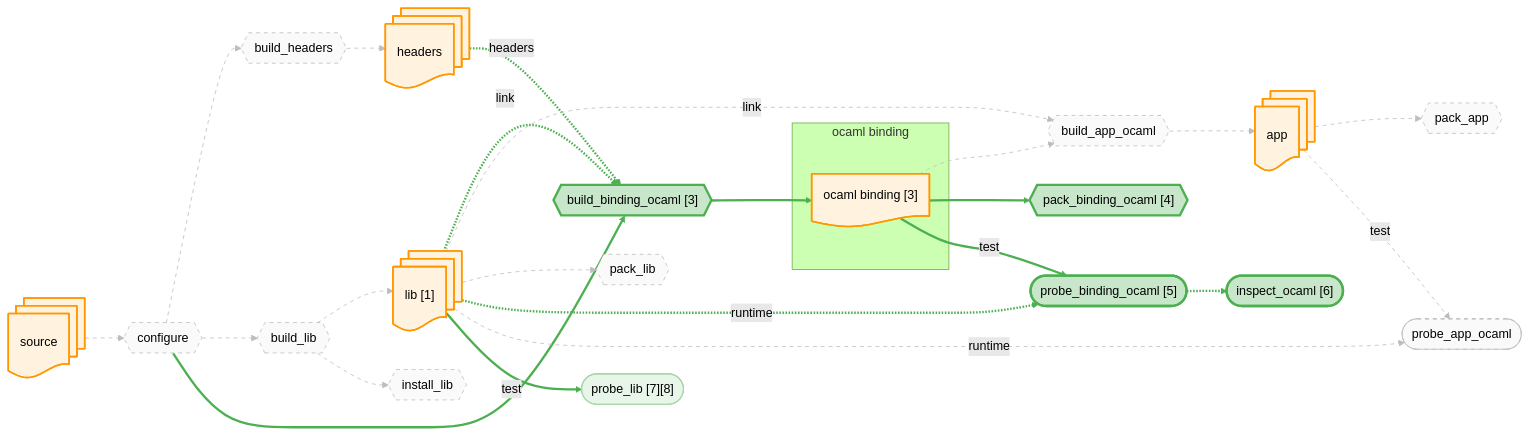
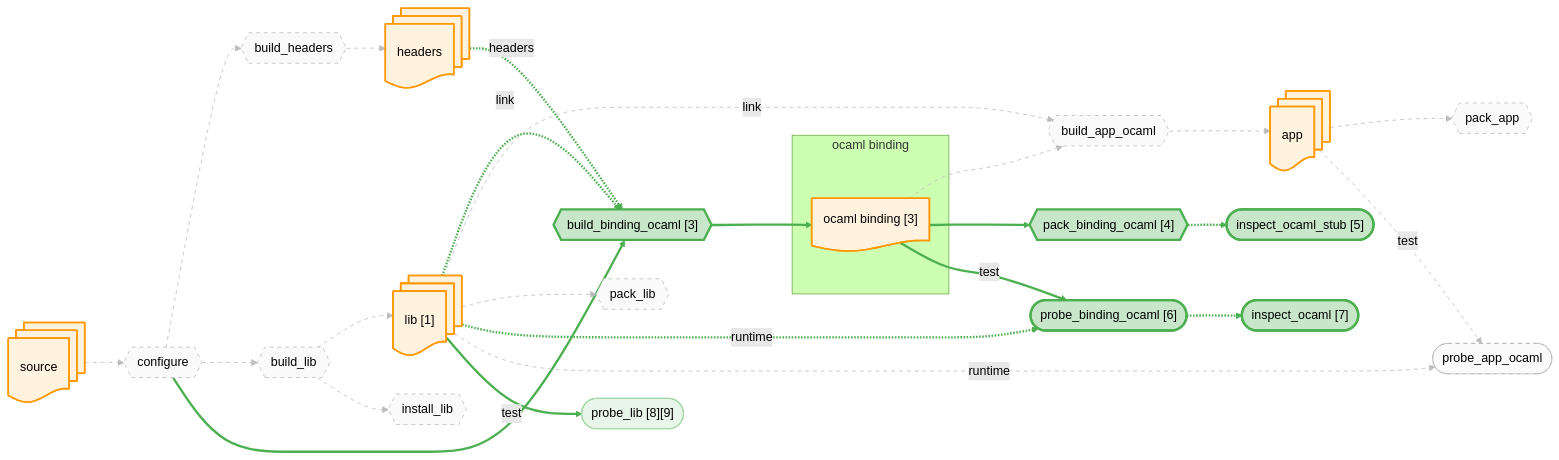
The diagram in docs/canary/projects/zarith/-run/diagrams/binding_ocaml.mmd (JHU-PL-Lab/tola), drawn with Mermaid (forest theme) before and after one commit. The commit also changed 129 other files, not shown here.

```diff
--- a/docs/canary/projects/zarith/-run/diagrams/binding_ocaml.mmd
+++ b/docs/canary/projects/zarith/-run/diagrams/binding_ocaml.mmd
@@ -1,91 +1,95 @@
 %% view: binding_ocaml
 graph LR
     source_node@{ shape: docs, label: "source" }
     headers_node@{ shape: docs, label: "headers" }
     lib_node@{ shape: docs, label: "lib [1]" }
     app_node@{ shape: docs, label: "app" }
     subgraph ocaml_binding_sg ["ocaml binding"]
       ocaml_binding_build_tree_node@{ shape: doc, label: "ocaml binding [3]" }
     end
 
     A_configure{{"configure"}}
     A_build_headers{{"build_headers"}}
     A_build_lib{{"build_lib"}}
     A_build_binding_ocaml{{"build_binding_ocaml [3]"}}
     A_build_app_ocaml{{"build_app_ocaml"}}
     A_install_lib{{"install_lib"}}
     A_pack_binding_ocaml{{"pack_binding_ocaml [4]"}}
     A_pack_lib{{"pack_lib"}}
     A_pack_app{{"pack_app"}}
-    A_probe_binding_ocaml(["probe_binding_ocaml [5]"])
+    A_probe_binding_ocaml(["probe_binding_ocaml [6]"])
     A_probe_app_ocaml(["probe_app_ocaml"])
-    A_probe_lib(["probe_lib [7][8]"])
-    A_probe_binding_ocaml_inspect(["inspect_ocaml [6]"])
+    A_probe_lib(["probe_lib [8][9]"])
+    A_pack_binding_ocaml_stub_inspect(["inspect_ocaml_stub [5]"])
+    A_probe_binding_ocaml_inspect(["inspect_ocaml [7]"])
 
     source_node --> A_configure
     A_configure --> A_build_headers
     A_build_headers --> headers_node
     A_configure --> A_build_lib
     A_build_lib --> lib_node
     A_configure --> A_build_binding_ocaml
     headers_node -.->|headers| A_build_binding_ocaml
     lib_node -.->|link| A_build_binding_ocaml
     A_build_binding_ocaml --> ocaml_binding_build_tree_node
     ocaml_binding_build_tree_node --> A_build_app_ocaml
     lib_node -.->|link| A_build_app_ocaml
     A_build_app_ocaml --> app_node
     A_build_lib --> A_install_lib
     ocaml_binding_build_tree_node --> A_pack_binding_ocaml
     lib_node --> A_pack_lib
     app_node --> A_pack_app
     ocaml_binding_build_tree_node -->|test| A_probe_binding_ocaml
     lib_node -.->|runtime| A_probe_binding_ocaml
     app_node -->|test| A_probe_app_ocaml
     lib_node -.->|runtime| A_probe_app_ocaml
     lib_node -->|test| A_probe_lib
+    A_pack_binding_ocaml -.-> A_pack_binding_ocaml_stub_inspect
     A_probe_binding_ocaml -.-> A_probe_binding_ocaml_inspect
 
     classDef artifact fill:#fff3e0,stroke:#ff9800,stroke-width:2px
     classDef action fill:#f3e5f5,stroke:#9c27b0,stroke-width:2px
     classDef st_done fill:#c8e6c9,stroke:#4caf50,stroke-width:3px
     classDef st_done_ctx fill:#e8f5e9,stroke:#a5d6a7,stroke-width:1.5px
     classDef st_expected_fail fill:#fff9c4,stroke:#f9a825,stroke-width:2px
     classDef st_failed fill:#ffcdd2,stroke:#c62828,stroke-width:2px
     classDef st_skipped fill:#f5f5f5,stroke:#9e9e9e,stroke-dasharray:5
     classDef st_nospec fill:#fafafa,stroke:#bdbdbd,stroke-dasharray:5
     class source_node,headers_node,lib_node,app_node,ocaml_binding_build_tree_node artifact
     class A_configure st_nospec
     class A_build_headers st_nospec
     class A_build_lib st_nospec
     class A_build_binding_ocaml st_done
     class A_build_app_ocaml st_nospec
     class A_install_lib st_nospec
     class A_pack_binding_ocaml st_done
     class A_pack_lib st_nospec
     class A_pack_app st_nospec
     class A_probe_binding_ocaml st_done
     class A_probe_app_ocaml st_nospec
     class A_probe_lib st_done_ctx
+    class A_pack_binding_ocaml_stub_inspect st_done
     class A_probe_binding_ocaml_inspect st_done
     linkStyle 0 stroke:#bdbdbd,stroke-width:1px,stroke-dasharray:5
     linkStyle 1 stroke:#bdbdbd,stroke-width:1px,stroke-dasharray:5
     linkStyle 2 stroke:#bdbdbd,stroke-width:1px,stroke-dasharray:5
     linkStyle 3 stroke:#bdbdbd,stroke-width:1px,stroke-dasharray:5
     linkStyle 4 stroke:#bdbdbd,stroke-width:1px,stroke-dasharray:5
     linkStyle 5 stroke:#4caf50,stroke-width:3px
     linkStyle 6 stroke:#4caf50,stroke-width:3px
     linkStyle 7 stroke:#4caf50,stroke-width:3px
     linkStyle 8 stroke:#4caf50,stroke-width:3px
     linkStyle 9 stroke:#bdbdbd,stroke-width:1px,stroke-dasharray:5
     linkStyle 10 stroke:#bdbdbd,stroke-width:1px,stroke-dasharray:5
     linkStyle 11 stroke:#bdbdbd,stroke-width:1px,stroke-dasharray:5
     linkStyle 12 stroke:#bdbdbd,stroke-width:1px,stroke-dasharray:5
     linkStyle 13 stroke:#4caf50,stroke-width:3px
     linkStyle 14 stroke:#bdbdbd,stroke-width:1px,stroke-dasharray:5
     linkStyle 15 stroke:#bdbdbd,stroke-width:1px,stroke-dasharray:5
     linkStyle 16 stroke:#4caf50,stroke-width:3px
     linkStyle 17 stroke:#4caf50,stroke-width:3px
     linkStyle 18 stroke:#bdbdbd,stroke-width:1px,stroke-dasharray:5
     linkStyle 19 stroke:#bdbdbd,stroke-width:1px,stroke-dasharray:5
     linkStyle 20 stroke:#4caf50,stroke-width:3px
     linkStyle 21 stroke:#4caf50,stroke-width:3px
+    linkStyle 22 stroke:#4caf50,stroke-width:3px
```
